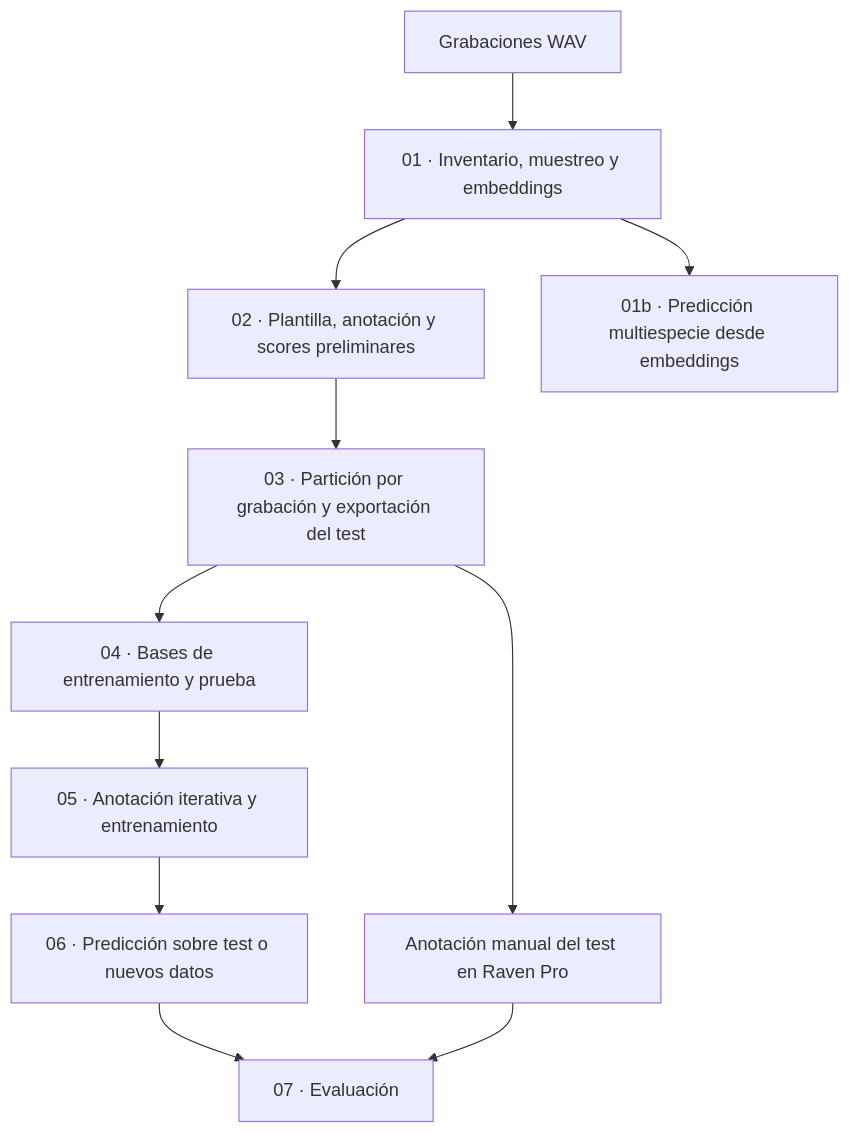
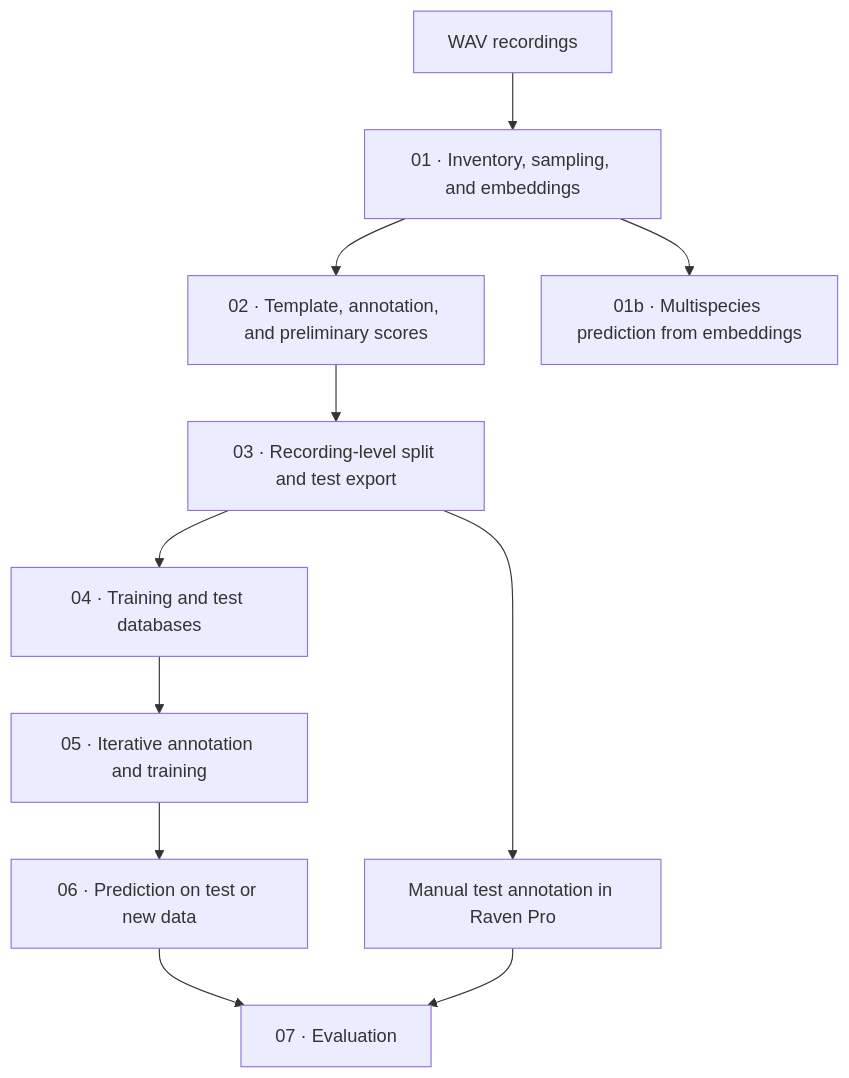
One commit to telesiglab/bioacoustic_classifier_pipeline changed the diagram in README.md. Above: the diagram before and after it, drawn with Mermaid. The commit also changed other lines of this file, not shown here.

````diff
--- a/README.md
+++ b/README.md
@@ -21,13 +21,13 @@
 ```mermaid
 flowchart TD
-    A[Grabaciones WAV] --> B[01 · Inventario, muestreo y embeddings]
-    B --> C[02 · Plantilla, anotación y scores preliminares]
-    C --> D[03 · Partición por grabación y exportación del test]
-    D --> E[04 · Bases de entrenamiento y prueba]
-    E --> F[05 · Anotación iterativa y entrenamiento]
-    F --> G[06 · Predicción sobre test o nuevos datos]
-    D --> H[Anotación manual del test en Raven Pro]
-    G --> I[07 · Evaluación]
+    A[WAV recordings] --> B[01 · Inventory, sampling, and embeddings]
+    B --> C[02 · Template, annotation, and preliminary scores]
+    C --> D[03 · Recording-level split and test export]
+    D --> E[04 · Training and test databases]
+    E --> F[05 · Iterative annotation and training]
+    F --> G[06 · Prediction on test or new data]
+    D --> H[Manual test annotation in Raven Pro]
+    G --> I[07 · Evaluation]
     H --> I
-    B --> J[01b · Predicción multiespecie desde embeddings]
+    B --> J[01b · Multispecies prediction from embeddings]
 ```
````
